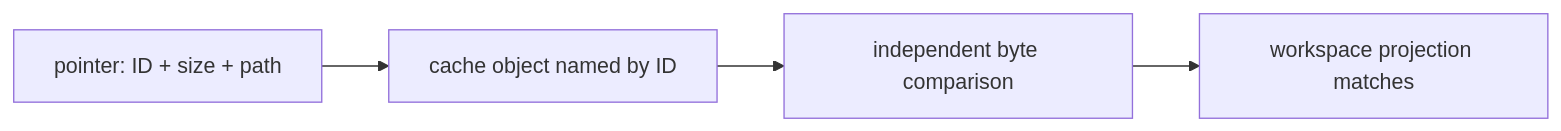
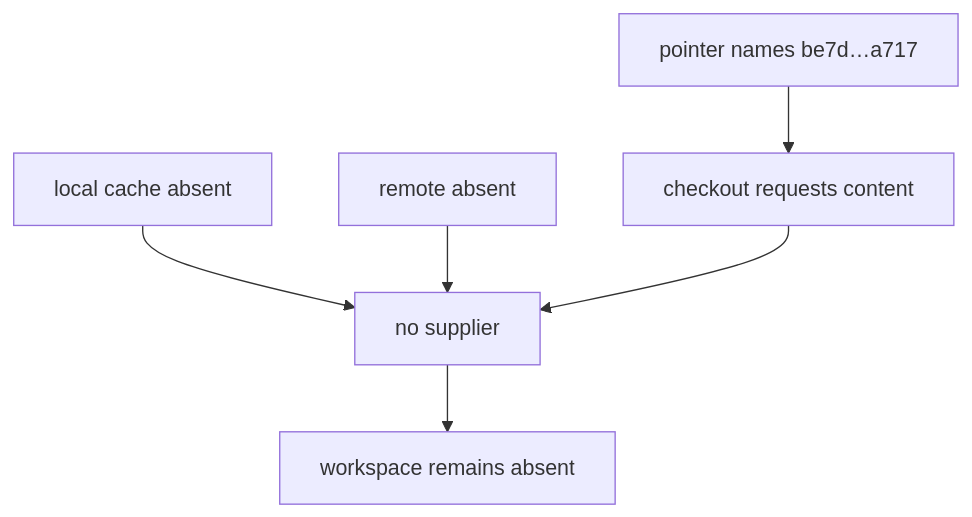
One commit to bijux/bijux-masterclass changed the fourth of 4 diagrams in programs/reproducible-research/deep-dive-dvc/course-book/module-02-data-identity-content-addressing/content-addressing-cache-and-pointer-files.md. Above: the diagram before and after it, drawn with Mermaid. The commit also changed other lines of this file, not shown here.

Commit message:
docs(dvc): trace pointer identity into cached bytes

````diff
--- a/programs/reproducible-research/deep-dive-dvc/course-book/module-02-data-identity-content-addressing/content-addressing-cache-and-pointer-files.md
+++ b/programs/reproducible-research/deep-dive-dvc/course-book/module-02-data-identity-content-addressing/content-addressing-cache-and-pointer-files.md
@@ -177,6 +165,8 @@
 ```mermaid
-flowchart LR
-  pointer["pointer: ID + size + path"] --> object["cache object named by ID"]
-  object --> digest["independent byte comparison"]
-  digest --> workspace["workspace projection matches"]
+flowchart TD
+  pointer["pointer names be7d…a717"] --> request["checkout requests content"]
+  cache["local cache absent"] --> unavailable["no supplier"]
+  remote["remote absent"] --> unavailable
+  request --> unavailable
+  unavailable --> failure["workspace remains absent"]
 ```
````
